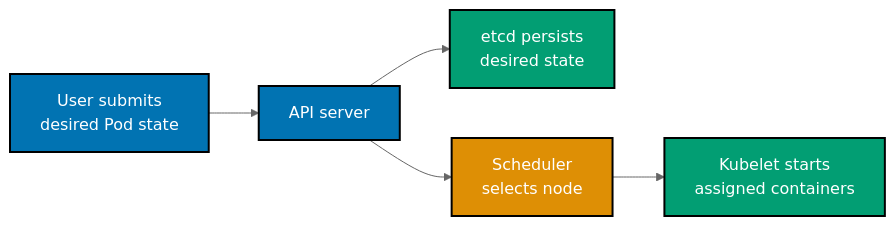
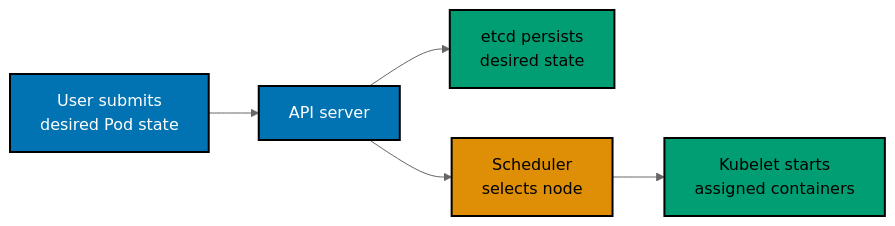
The sixth of 17 diagrams in apps/ayokoding-www/content/en/learn/courses/containers-and-orchestration/learning/intermediate.md (wahidyankf/ose-public), drawn with Mermaid (neutral theme) before and after one commit. The commit also changed other lines of this file and 144 other files, not shown here.

First line of the commit message:
fix(mermaid): bring the first half of the courses diagrams onto the accessible palette

````diff
--- a/apps/ayokoding-www/content/en/learn/courses/containers-and-orchestration/learning/intermediate.md
+++ b/apps/ayokoding-www/content/en/learn/courses/containers-and-orchestration/learning/intermediate.md
@@ -392,14 +407,17 @@
 ```mermaid
 %% Color Palette: Blue #0173B2, Orange #DE8F05, Teal #029E73; color-blind friendly WCAG AA palette
 graph LR
+    accTitle: Example 35: Kubernetes architecture
+    accDescr: Graph with 5 nodes and 4 connections. Nodes: User submits desired Pod state, API server, etcd persists desired state, Scheduler selects node, Kubelet starts assigned containers. Connections: User submits desired Pod state to API server, API server to etcd persists desired state, API server to Scheduler selects node, Scheduler selects node to Kubelet starts assigned containers.
     U["User submits<br/>desired Pod state"]:::blue
     API["API server"]:::blue
     ETCD["etcd persists<br/>desired state"]:::teal
     S["Scheduler<br/>selects node"]:::orange
     K["Kubelet starts<br/>assigned containers"]:::teal
     U --> API --> ETCD
     API --> S --> K
     classDef blue fill:#0173B2,stroke:#000000,color:#FFFFFF,stroke-width:2px
-    classDef teal fill:#029E73,stroke:#000000,color:#FFFFFF,stroke-width:2px
-    classDef orange fill:#DE8F05,stroke:#000000,color:#FFFFFF,stroke-width:2px
+    classDef teal fill:#029E73,stroke:#000000,color:#000000,stroke-width:2px
+    classDef orange fill:#DE8F05,stroke:#000000,color:#000000,stroke-width:2px
+    classDef default fill:#FFFFFF,stroke:#000000,color:#000000
 ```
````
